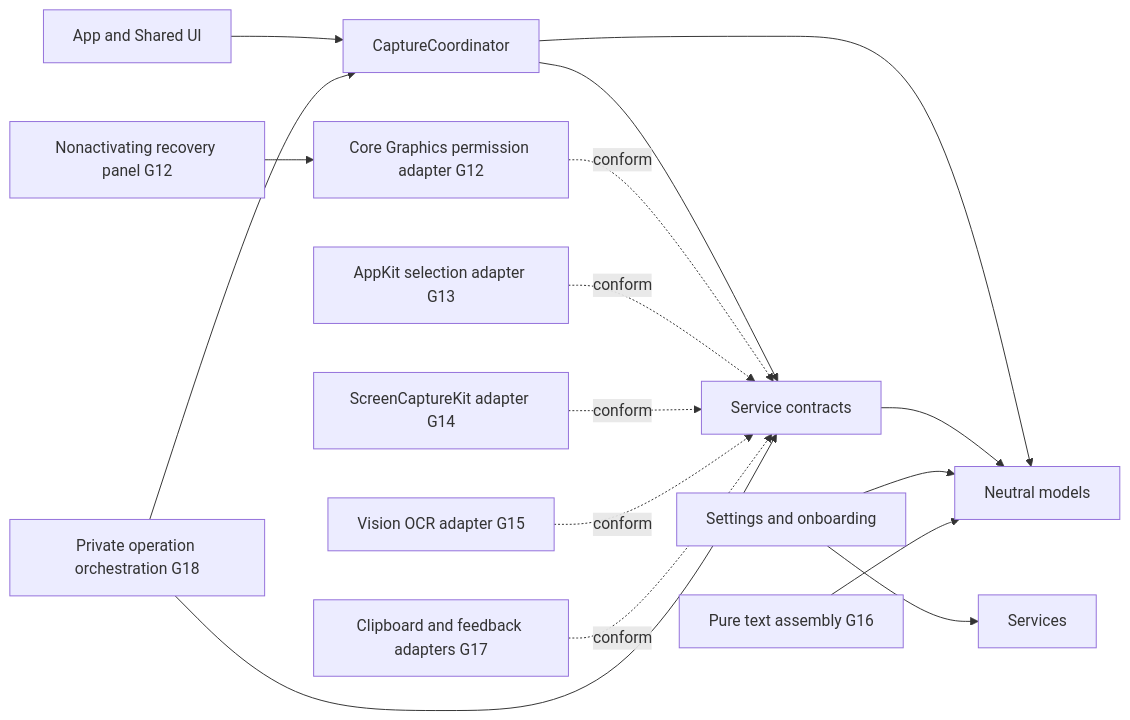
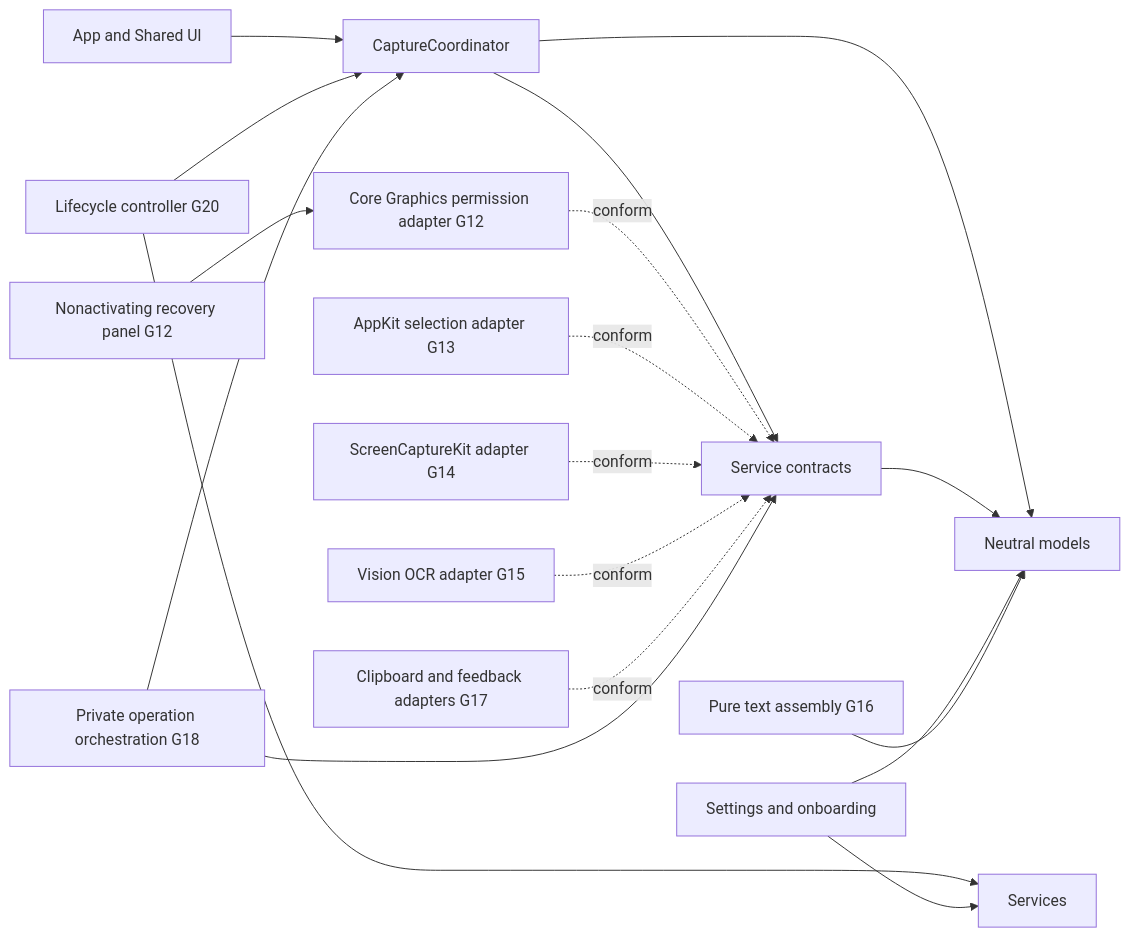
Before and after one commit to bennetthilberg/copylasso: the first of 2 diagrams in docs/architecture/overview.md, drawn with Mermaid. The commit also changed other lines of this file and 17 other files, not shown here.

````diff
--- a/docs/architecture/overview.md
+++ b/docs/architecture/overview.md
@@ -7,18 +7,20 @@
 ```mermaid
 flowchart LR
   App["App and Shared UI"] --> Coordinator["CaptureCoordinator"]
+  Lifecycle["Lifecycle controller G20"] --> Coordinator
+  Lifecycle --> Services
   Coordinator --> Contracts["Service contracts"]
   Coordinator --> Models["Neutral models"]
   Contracts --> Models
   Settings["Settings and onboarding"] --> Services
   Settings --> Models
   Permission["Core Graphics permission adapter G12"] -. conform .-> Contracts
   Recovery["Nonactivating recovery panel G12"] --> Permission
   Selection["AppKit selection adapter G13"] -. conform .-> Contracts
   Capture["ScreenCaptureKit adapter G14"] -. conform .-> Contracts
   OCR["Vision OCR adapter G15"] -. conform .-> Contracts
   Format["Pure text assembly G16"] --> Models
   Output["Clipboard and feedback adapters G17"] -. conform .-> Contracts
   Workflow["Private operation orchestration G18"] --> Contracts
   Workflow --> Coordinator
 ```
````
